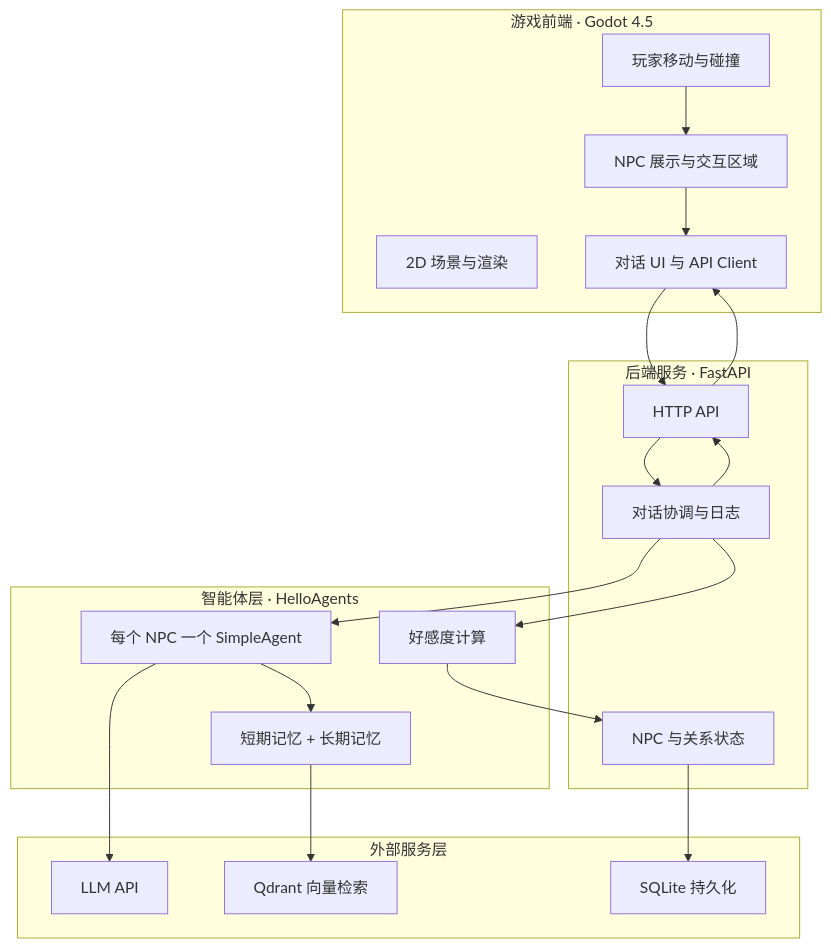
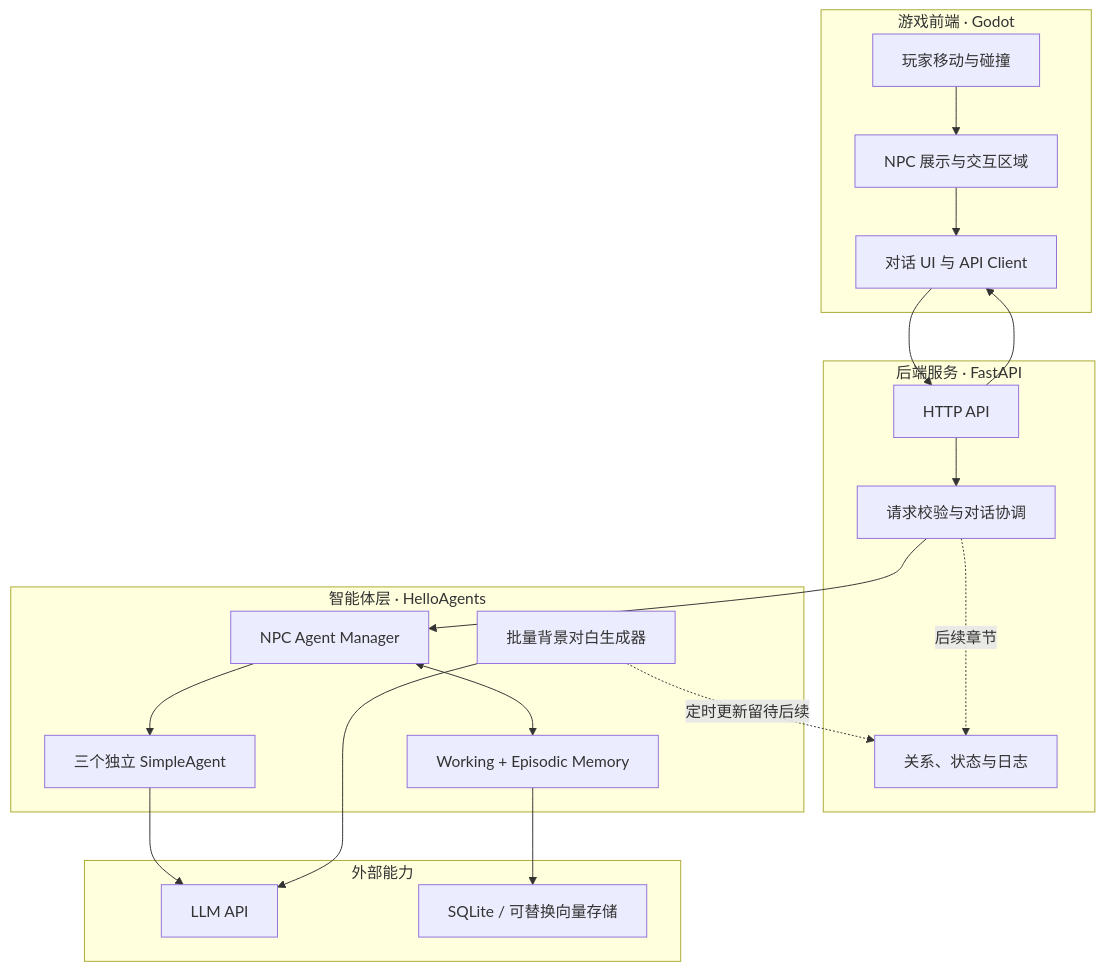
One commit to Garden12138/notes changed the first of 3 diagrams in ai/book_note/Hello-Agents/Building a Cyber ​​Town.md. Above: the diagram before and after it, drawn with Mermaid. The commit also changed other lines of this file and 14 other files, not shown here.

Commit message:
Implement NPC agents, memory, and background dialogue

```diff
--- a/ai/book_note/Hello-Agents/Building a Cyber ​​Town.md
+++ b/ai/book_note/Hello-Agents/Building a Cyber ​​Town.md
@@ -39,36 +38,34 @@
 ~~~mermaid
 flowchart TB
-    subgraph G["游戏前端 · Godot 4.5"]
-        SCENE["2D 场景与渲染"]
+    subgraph G["游戏前端 · Godot"]
         PLAYER["玩家移动与碰撞"]
         NPC_VIEW["NPC 展示与交互区域"]
         DIALOGUE["对话 UI 与 API Client"]
     end
 
     subgraph B["后端服务 · FastAPI"]
         API["HTTP API"]
-        STATE["NPC 与关系状态"]
-        COORDINATOR["对话协调与日志"]
+        COORDINATOR["请求校验与对话协调"]
+        STATE["关系、状态与日志"]
     end
 
     subgraph A["智能体层 · HelloAgents"]
-        NPC_AGENT["每个 NPC 一个 SimpleAgent"]
-        MEMORY["短期记忆 + 长期记忆"]
-        AFFINITY["好感度计算"]
+        MANAGER["NPC Agent Manager"]
+        AGENTS["三个独立 SimpleAgent"]
+        MEMORY["Working + Episodic Memory"]
+        BATCH["批量背景对白生成器"]
     end
 
-    subgraph E["外部服务层"]
+    subgraph E["外部能力"]
         LLM["LLM API"]
-        QDRANT["Qdrant 向量检索"]
-        SQLITE["SQLite 持久化"]
+        STORE["SQLite / 可替换向量存储"]
     end
 
     PLAYER --> NPC_VIEW --> DIALOGUE --> API
-    API --> COORDINATOR --> NPC_AGENT
-    NPC_AGENT --> MEMORY
-    NPC_AGENT --> LLM
-    COORDINATOR --> AFFINITY --> STATE
-    MEMORY --> QDRANT
-    STATE --> SQLITE
-    COORDINATOR --> API --> DIALOGUE
+    API --> COORDINATOR --> MANAGER --> AGENTS --> LLM
+    MANAGER <--> MEMORY --> STORE
+    COORDINATOR -.后续章节.-> STATE
+    BATCH --> LLM
+    BATCH -.定时更新留待后续.-> STATE
+    API --> DIALOGUE
 ~~~
```
